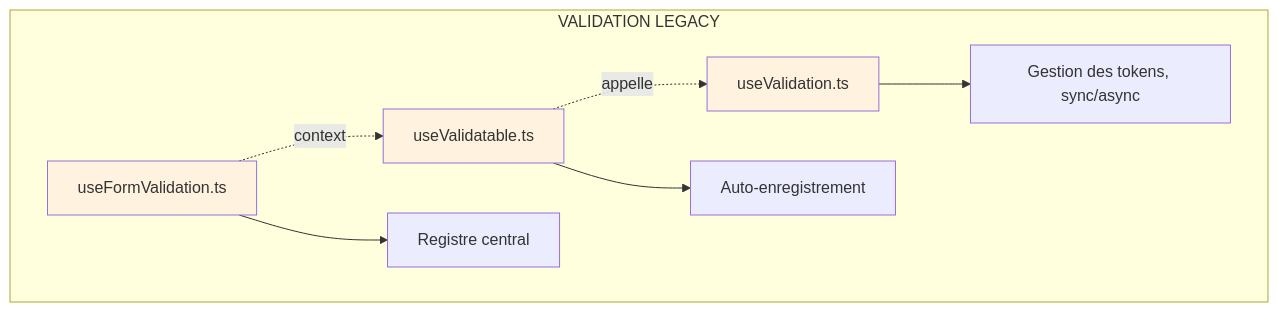
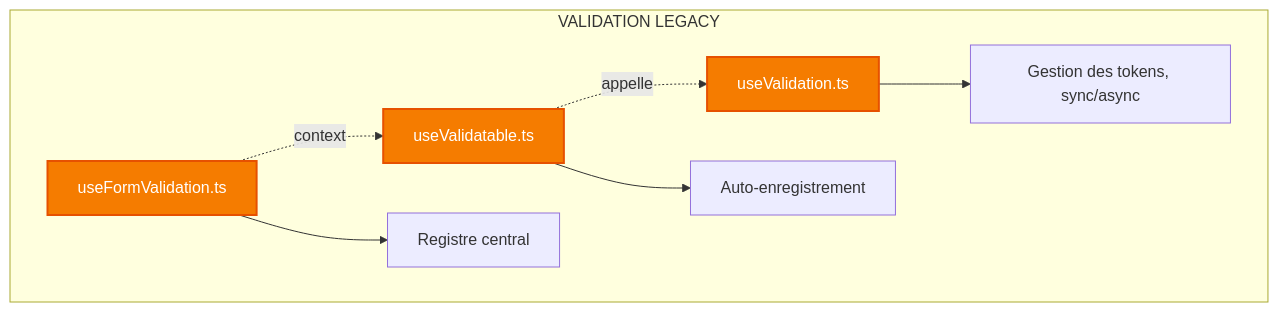
One commit to assurance-maladie-digital/design-system-v3 changed the third of 9 diagrams in VALIDATION_SYSTEM_GUIDE.md. Above: the diagram before and after it, drawn with Mermaid. The commit also changed other lines of this file, not shown here.

````diff
--- a/VALIDATION_SYSTEM_GUIDE.md
+++ b/VALIDATION_SYSTEM_GUIDE.md
@@ -81,24 +81,24 @@
 ```mermaid
 flowchart TB
     subgraph Legacy["VALIDATION LEGACY"]
         UV["useValidation.ts"]
         UV_Desc["Gestion des tokens, sync/async"]
 
         UVT["useValidatable.ts"]
         UVT_Desc["Auto-enregistrement"]
 
         UFV["useFormValidation.ts"]
         UFV_Desc["Registre central"]
     end
 
     UV --> UV_Desc
     UVT --> UVT_Desc
     UFV --> UFV_Desc
 
     UFV -.->|context| UVT
     UVT -.->|appelle| UV
 
-    style UV fill:#fff3e0
-    style UVT fill:#fff3e0
-    style UFV fill:#fff3e0
+    style UV fill:#f57c00,color:#fff,stroke:#e65100,stroke-width:2px
+    style UVT fill:#f57c00,color:#fff,stroke:#e65100,stroke-width:2px
+    style UFV fill:#f57c00,color:#fff,stroke:#e65100,stroke-width:2px
 ```
````
